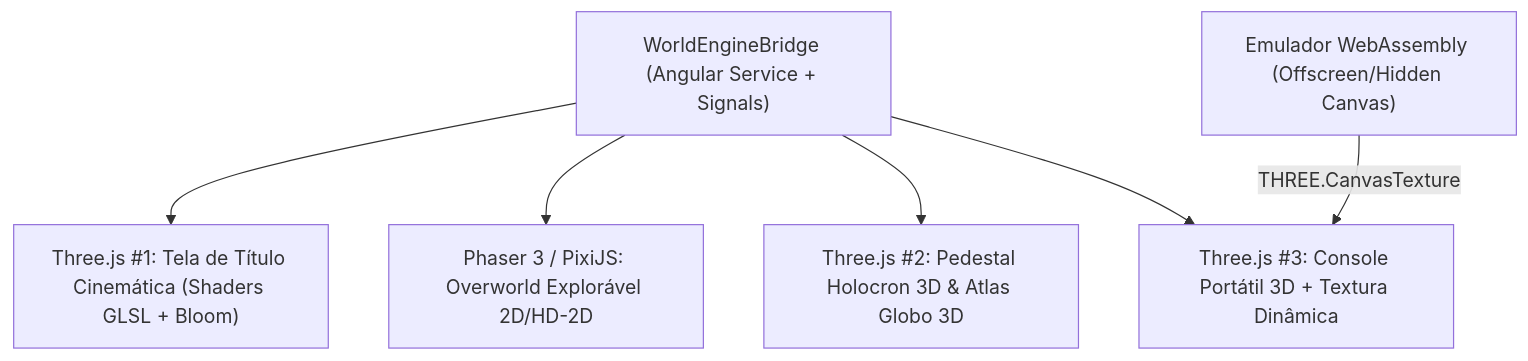
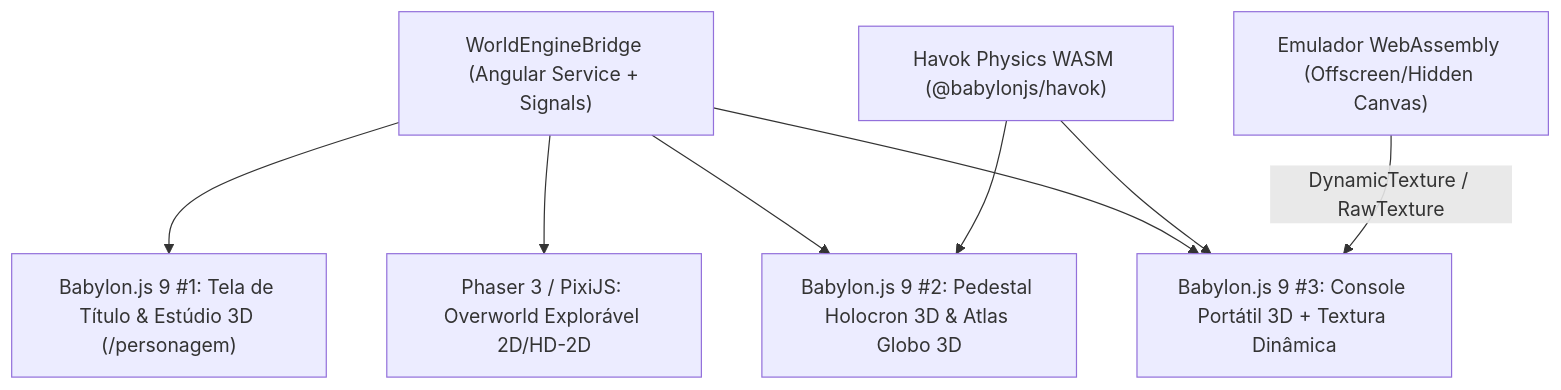
The diagram in docs/03-motores-graficos-phaser-e-threejs.md (Digooow/pokedex-frontend), drawn with Mermaid before and after one commit. The commit also changed other lines of this file and 62 other files, not shown here.

````diff
--- a/docs/03-motores-graficos-phaser-e-threejs.md
+++ b/docs/03-motores-graficos-phaser-e-threejs.md
@@ -7,8 +9,10 @@
 ```mermaid
 flowchart TB
-  Bridge["WorldEngineBridge (Angular Service + Signals)"] --> TitleCanvas["Three.js #1: Tela de Título Cinemática (Shaders GLSL + Bloom)"]
+  Bridge["WorldEngineBridge (Angular Service + Signals)"] --> TitleCanvas["Babylon.js 9 #1: Tela de Título & Estúdio 3D (/personagem)"]
   Bridge --> OverworldCanvas["Phaser 3 / PixiJS: Overworld Explorável 2D/HD-2D"]
-  Bridge --> HolocronCanvas["Three.js #2: Pedestal Holocron 3D & Atlas Globo 3D"]
-  Bridge --> ConsoleCanvas["Three.js #3: Console Portátil 3D + Textura Dinâmica"]
-  WasmCore["Emulador WebAssembly (Offscreen/Hidden Canvas)"] -->|"THREE.CanvasTexture"| ConsoleCanvas
+  Bridge --> HolocronCanvas["Babylon.js 9 #2: Pedestal Holocron 3D & Atlas Globo 3D"]
+  Bridge --> ConsoleCanvas["Babylon.js 9 #3: Console Portátil 3D + Textura Dinâmica"]
+  HavokWasm["Havok Physics WASM (@babylonjs/havok)"] --> HolocronCanvas
+  HavokWasm --> ConsoleCanvas
+  WasmCore["Emulador WebAssembly (Offscreen/Hidden Canvas)"] -->|"DynamicTexture / RawTexture"| ConsoleCanvas
 ```
````
